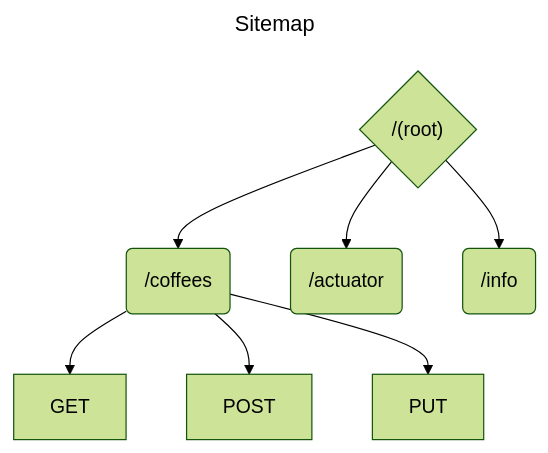
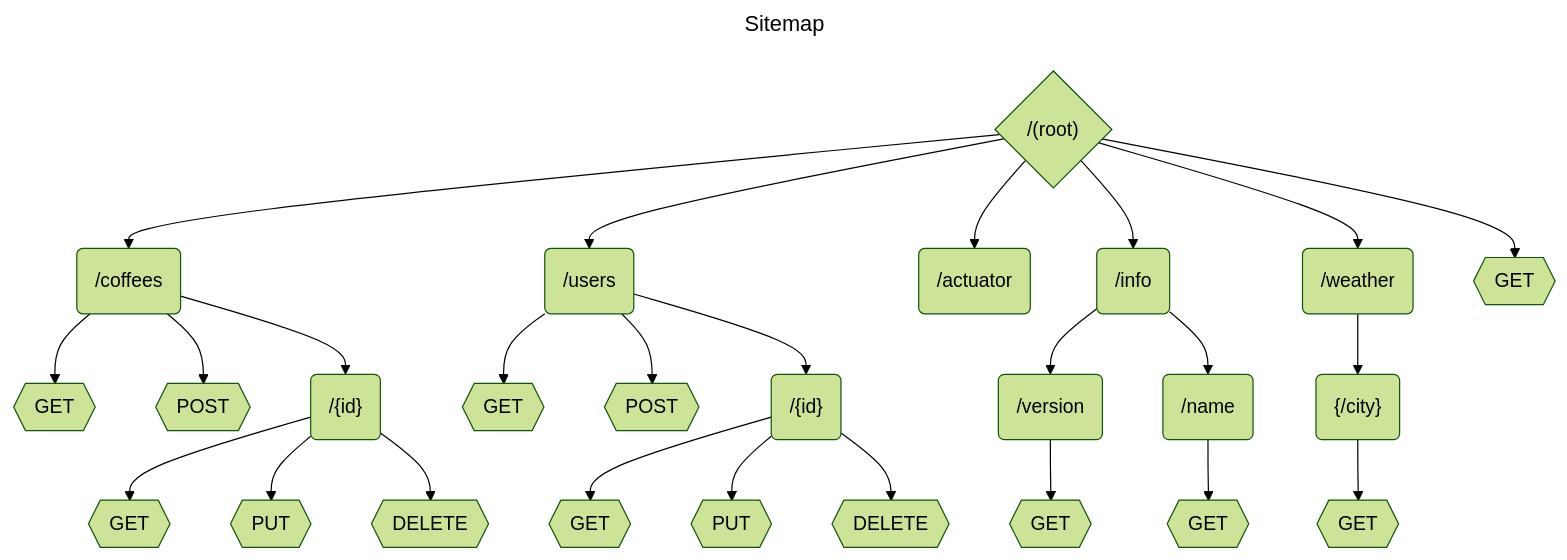
One commit to nixiedroid/Spring-REST changed the diagram in README.md. Above: the diagram before and after it, drawn with Mermaid (forest theme). The commit also changed 1 other file, not shown here.

Commit message:
Fixed Sitemap

````diff
--- a/README.md
+++ b/README.md
@@ -7,15 +7,35 @@
 ```mermaid
 ---
 title: Sitemap
 ---
 
 flowchart TB
 root{"/(root)"} --> cof(/coffees)
+root --> usr(/users)
 root --> act(/actuator)
 root --> inf(/info)
+root --> wtr(/weather)
+root --> GETroot{{GET}}
 
-cof --> GET
-cof --> POST
-cof --> PUT
+cof --> GETcof{{GET}}
+cof --> POSTcof{{POST}}
+cof --> cofID("/{id}")
 
+cofID --> GETcofID{{GET}}
+cofID --> PUTcofID{{PUT}}
+cofID --> DELETEcofID{{DELETE}}
+
+usr --> GETusr{{GET}}
+usr --> POSTusr{{POST}}
+usr --> usrID("/{id}")
+
+usrID --> GETusrID{{GET}}
+usrID --> PUTusrID{{PUT}}
+usrID --> DELETEusrID{{DELETE}}
+
+inf --> infVer("/version") --> GETinfVer{{GET}}
+inf --> infName("/name") --> GETinfName{{GET}}
+
+wtr --> city("{/city}")
+city --> GETcity{{GET}}
 ```
````
